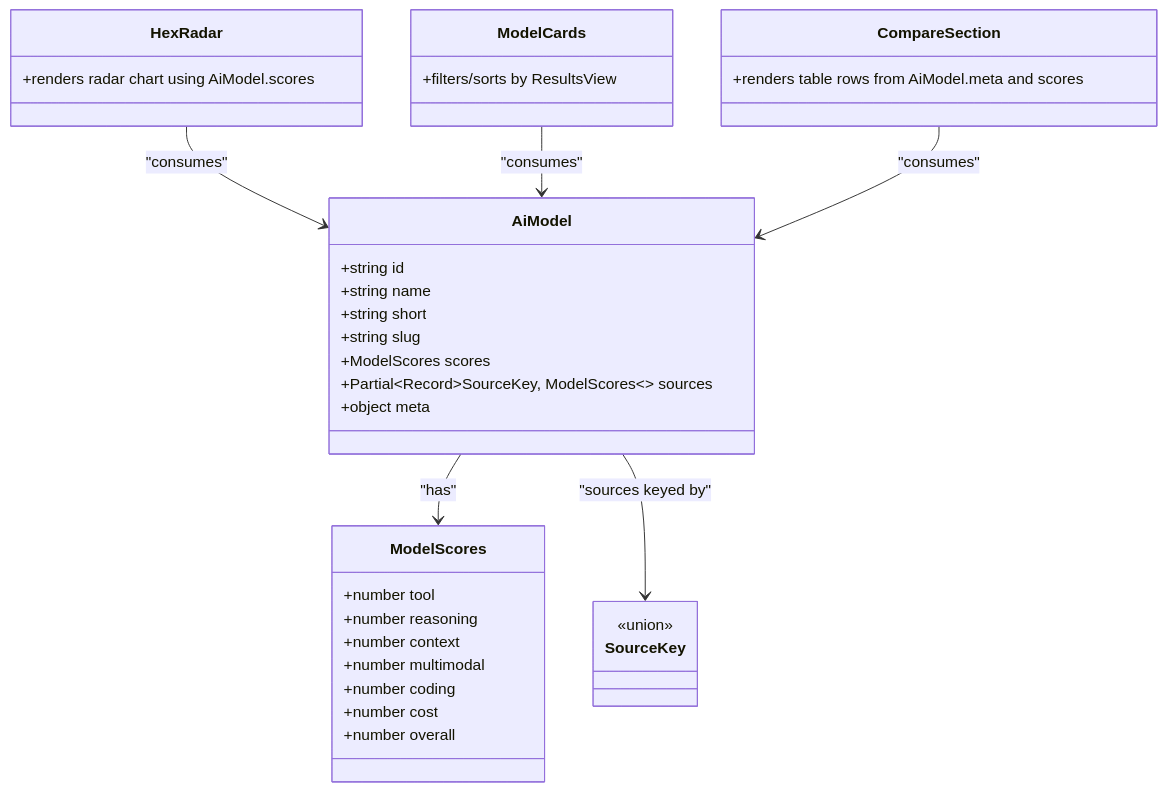
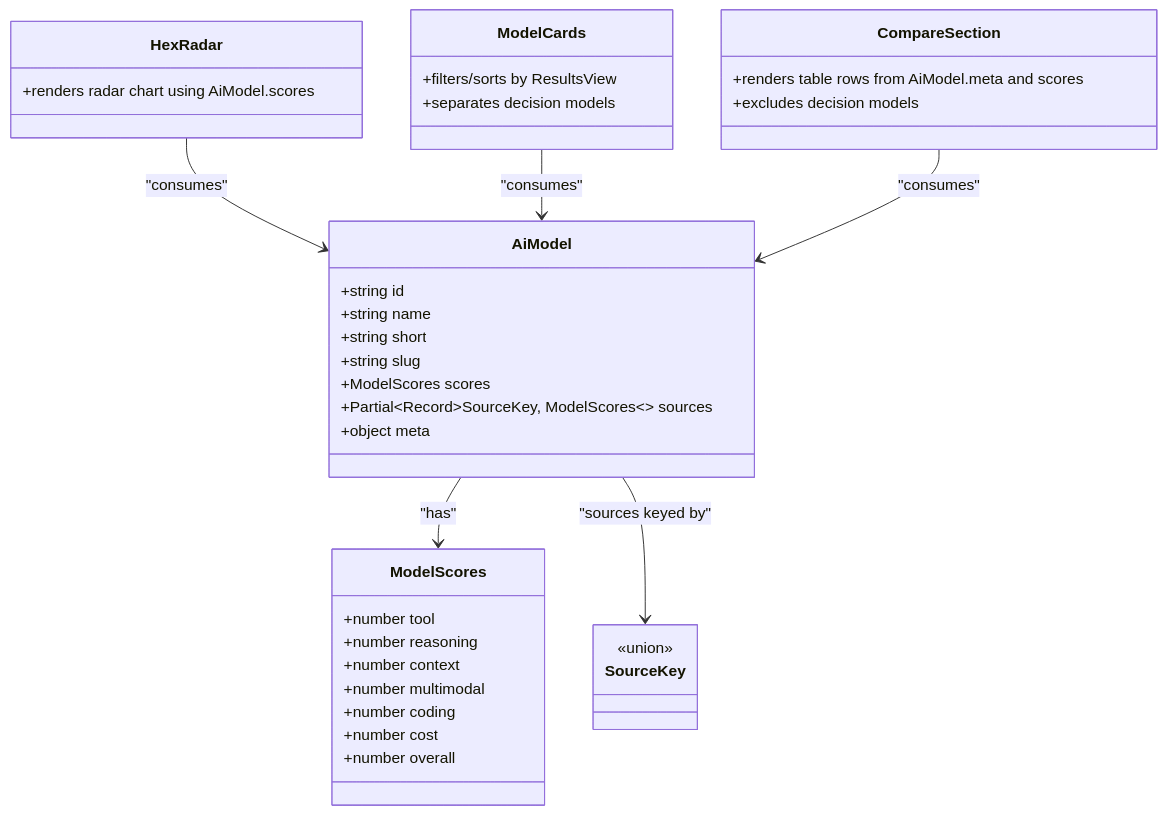
One commit to delirium-dj/modelcomp changed the fifth of 7 diagrams in .qoder/repowiki/en/content/Data Management System/Data Schemas & Interfaces.md. Above: the diagram before and after it, drawn with Mermaid. The commit also changed other lines of this file and 22 other files, not shown here.

````diff
--- a/.qoder/repowiki/en/content/Data Management System/Data Schemas & Interfaces.md
+++ b/.qoder/repowiki/en/content/Data Management System/Data Schemas & Interfaces.md
@@ -202,38 +283,40 @@
 ```mermaid
 classDiagram
 class AiModel {
 +string id
 +string name
 +string short
 +string slug
 +ModelScores scores
 +Partial~Record~SourceKey, ModelScores~~ sources
 +object meta
 }
 class ModelScores {
 +number tool
 +number reasoning
 +number context
 +number multimodal
 +number coding
 +number cost
 +number overall
 }
 class SourceKey {
 <<union>>
 }
 class HexRadar {
 +renders radar chart using AiModel.scores
 }
 class ModelCards {
 +filters/sorts by ResultsView
++separates decision models
 }
 class CompareSection {
 +renders table rows from AiModel.meta and scores
++excludes decision models
 }
 AiModel --> ModelScores : "has"
 AiModel --> SourceKey : "sources keyed by"
 HexRadar --> AiModel : "consumes"
 ModelCards --> AiModel : "consumes"
 CompareSection --> AiModel : "consumes"
 ```
````
